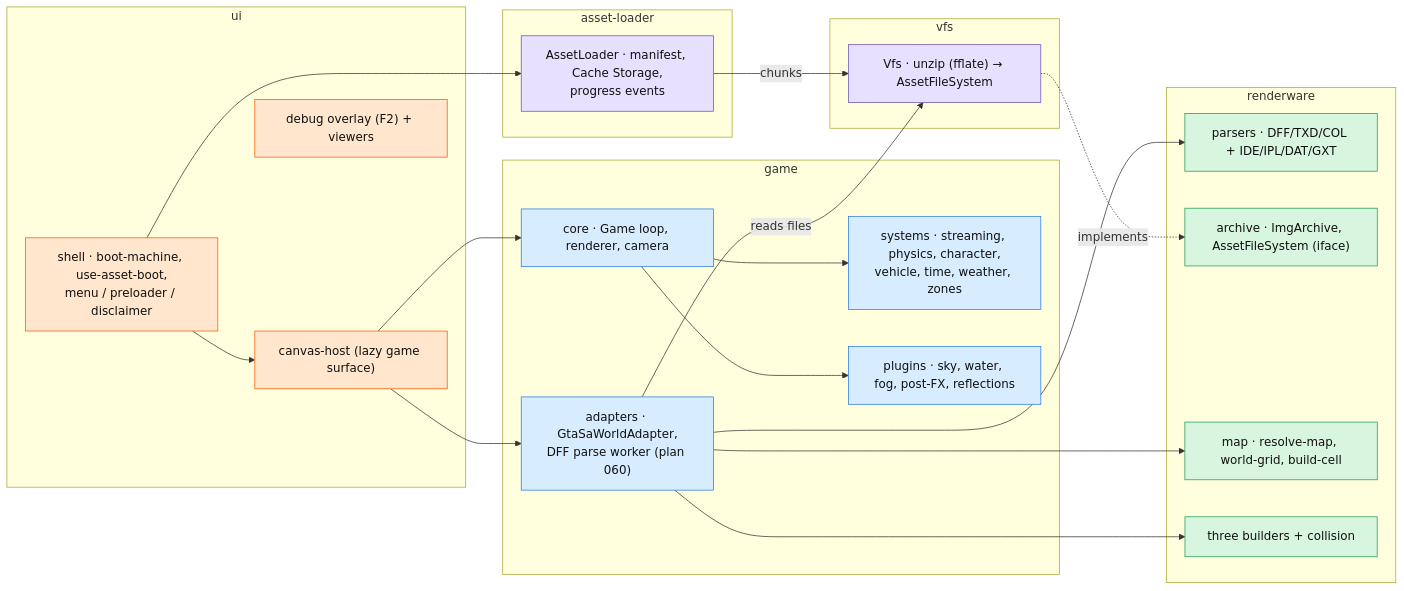
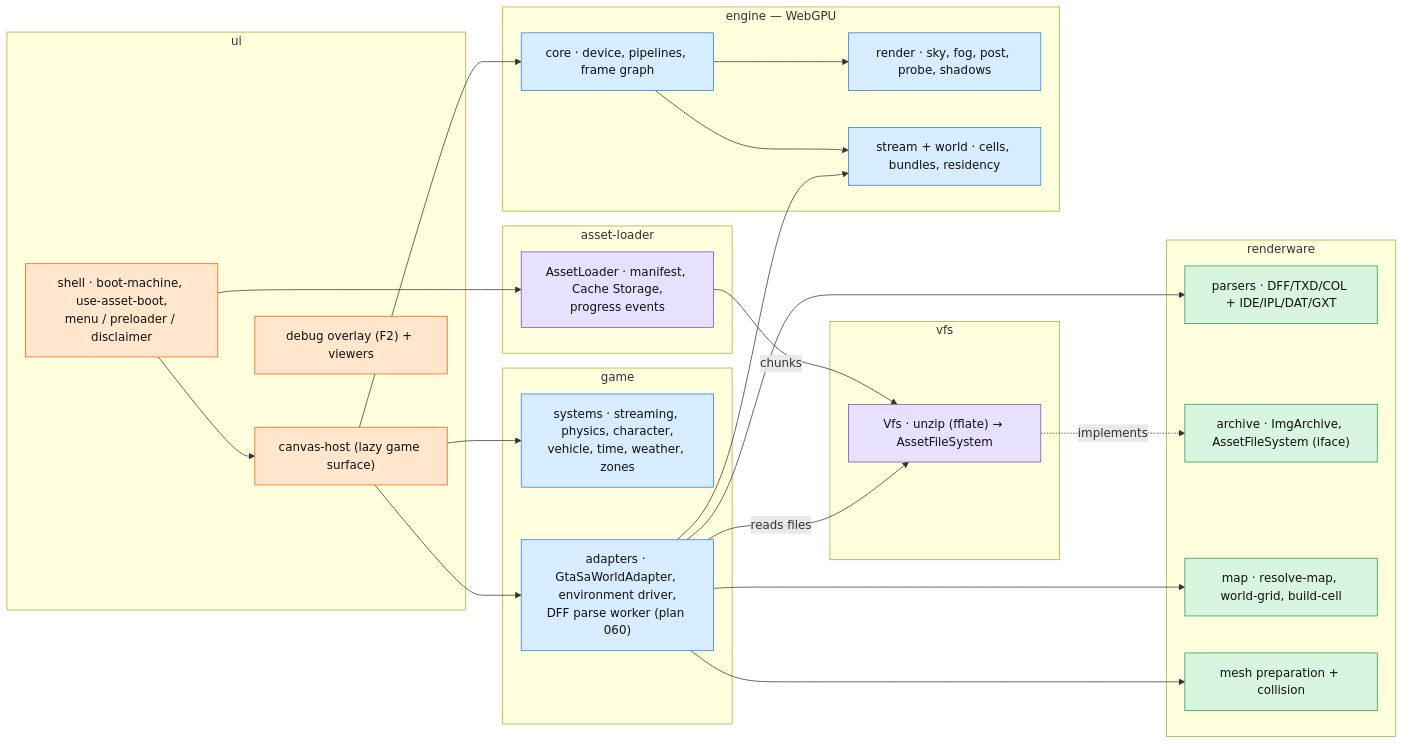
Before and after one commit to sexorcist00/opensa: the second of 4 diagrams in docs/architecture.md, drawn with Mermaid. The commit also changed other lines of this file and 38 other files, not shown here.

````diff
--- a/docs/architecture.md
+++ b/docs/architecture.md
@@ -72,48 +78,54 @@
 ```mermaid
 flowchart LR
   subgraph UI["ui"]
     shell["shell&nbsp;&middot; boot-machine, use-asset-boot,<br/>menu / preloader / disclaimer"]:::ui
     canvas["canvas-host&nbsp;(lazy game surface)"]:::ui
     debug["debug overlay (F2) + viewers"]:::ui
   end
 
   subgraph LOADER["asset-loader"]
     al["AssetLoader&nbsp;&middot; manifest, Cache Storage,<br/>progress events"]:::infra
   end
 
   subgraph VFS["vfs"]
     v["Vfs&nbsp;&middot; unzip (fflate) → AssetFileSystem"]:::infra
   end
 
   subgraph GAME["game"]
-    core["core&nbsp;&middot; Game loop, renderer, camera"]:::engine
     sys["systems&nbsp;&middot; streaming, physics, character,<br/>vehicle, time, weather, zones"]:::engine
-    plug["plugins&nbsp;&middot; sky, water, fog, post-FX, reflections"]:::engine
-    adp["adapters&nbsp;&middot; GtaSaWorldAdapter,<br/>DFF parse worker (plan 060)"]:::engine
+    adp["adapters&nbsp;&middot; GtaSaWorldAdapter, environment driver,<br/>DFF parse worker (plan 060)"]:::engine
+  end
+
+  subgraph ENG["engine — WebGPU"]
+    ecore["core&nbsp;&middot; device, pipelines, frame graph"]:::engine
+    ernd["render&nbsp;&middot; sky, fog, post, probe, shadows"]:::engine
+    estr["stream + world&nbsp;&middot; cells, bundles, residency"]:::engine
   end
 
   subgraph RW["renderware"]
     par["parsers&nbsp;&middot; DFF/TXD/COL + IDE/IPL/DAT/GXT"]:::lib
     arc["archive&nbsp;&middot; ImgArchive, AssetFileSystem (iface)"]:::lib
     mp["map&nbsp;&middot; resolve-map, world-grid, build-cell"]:::lib
-    th["three builders + collision"]:::lib
+    th["mesh preparation + collision"]:::lib
   end
 
   shell --> al
   shell --> canvas
   al -->|chunks| v
-  canvas --> core
+  canvas --> sys
   canvas --> adp
-  core --> sys
-  core --> plug
+  canvas --> ecore
+  ecore --> ernd
+  ecore --> estr
+  adp --> estr
   adp --> par
   adp --> mp
   adp --> th
   adp -->|reads files| v
   v -. implements .-> arc
 
   classDef ui fill:#ffe6cc,stroke:#f55c07,color:#111
   classDef infra fill:#e8e0ff,stroke:#6b4fbb,color:#111
   classDef engine fill:#d8ecff,stroke:#2a7ae2,color:#111
   classDef lib fill:#d8f5e0,stroke:#1f9d55,color:#111
 ```
````
